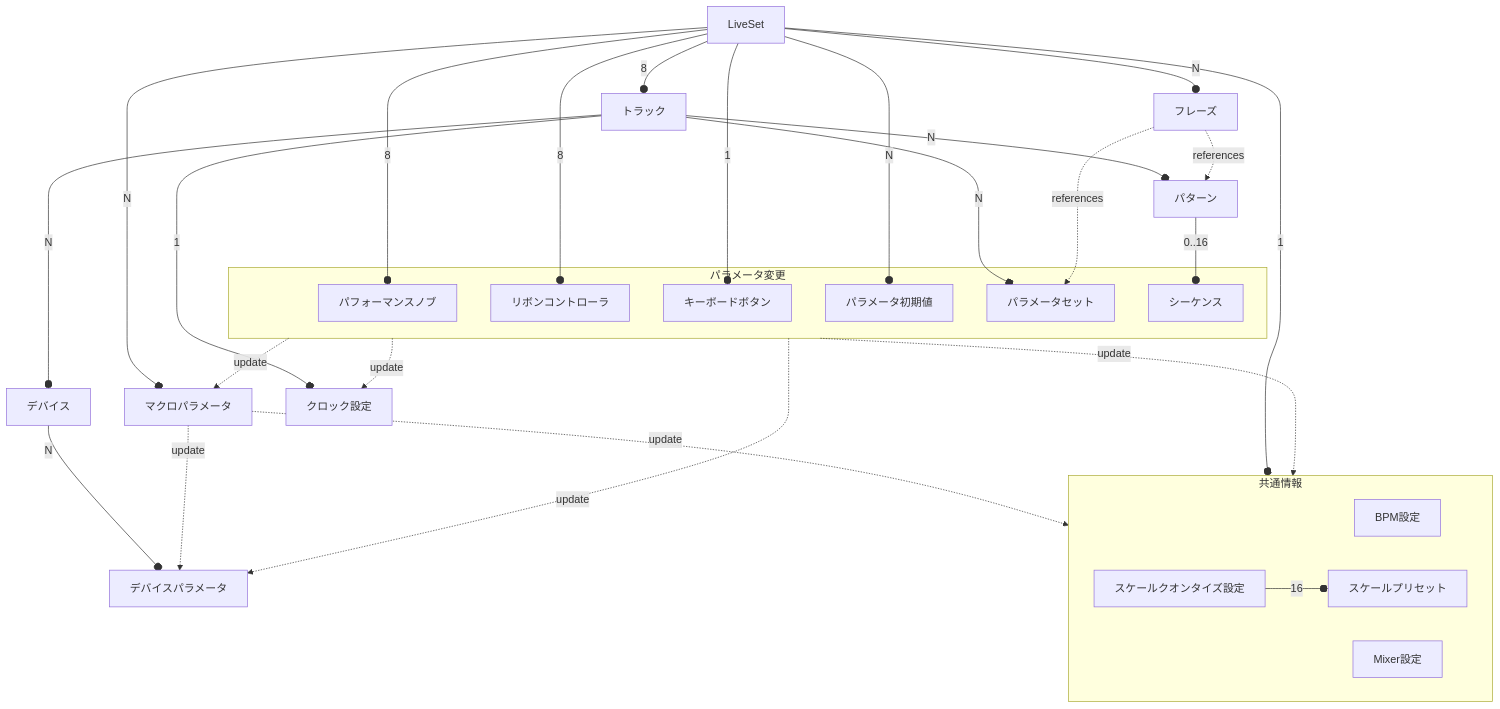
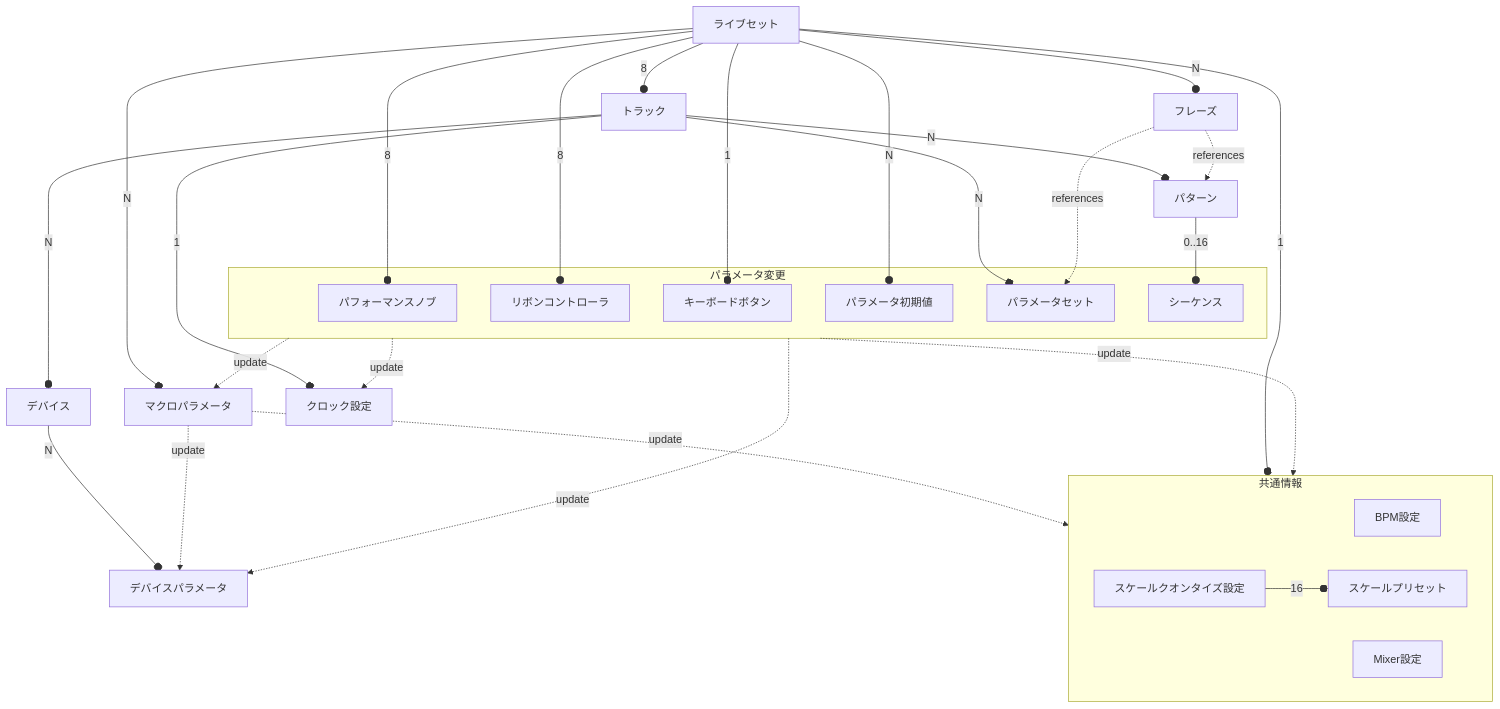
One commit to centrevillage/igb_spec changed the second of 3 diagrams in devices/igb01/IGB01_spec.md. Above: the diagram before and after it, drawn with Mermaid. The commit also changed other lines of this file, not shown here.

````diff
--- a/devices/igb01/IGB01_spec.md
+++ b/devices/igb01/IGB01_spec.md
@@ -158,38 +158,38 @@
 ```mermaid
 flowchart TB
-  LiveSet -- "8" --o MacroKnob["パフォーマンスノブ"]
+  LiveSet["ライブセット"] -- "8" --o MacroKnob["パフォーマンスノブ"]
   LiveSet -- "8" --o RibbonController["リボンコントローラ"]
   LiveSet -- "1" --o KeyboardBtn["キーボードボタン"]
   LiveSet -- "N" --o DefaultParameter["パラメータ初期値"]
   LiveSet -- "8" --o Track["トラック"]
   Track -- "N" --o Device["デバイス"]
   Device -- "N" --o Parameter["デバイスパラメータ"]
   Track -- "N" --o ParameterSet["パラメータセット"]
   Track -- "N" --o Pattern["パターン"]
   Pattern -- "0..16" --o Sequence["シーケンス"]
   LiveSet -- "N" --o MacroParameter["マクロパラメータ"]
   MacroParameter -. "update" .-> Parameter
   MacroParameter -. "update" .-> CommonInfo
   LiveSet -- "N" --o Phrase["フレーズ"]
   subgraph ParameterChange["パラメータ変更"]
     Sequence
     MacroKnob
     RibbonController
     KeyboardBtn
     ParameterSet
     DefaultParameter
   end
   ParameterChange -. "update" .-> Parameter
   ParameterChange -. "update" .-> MacroParameter
   Phrase -. "references" .-> ParameterSet
   Phrase -. "references" .-> Pattern
   Track -- "1" --o ClockDivMult["クロック設定"] 
   subgraph CommonInfo["共通情報"]
     BpmConf["BPM設定"]
     MixerConf["Mixer設定"]
     ScaleQuantizer["スケールクオンタイズ設定"] -- "16" --o ScalePreset["スケールプリセット"]
   end
   LiveSet -- "1" --o CommonInfo
   ParameterChange -. "update" .-> CommonInfo
   ParameterChange -. "update" .-> ClockDivMult
 ```
````
